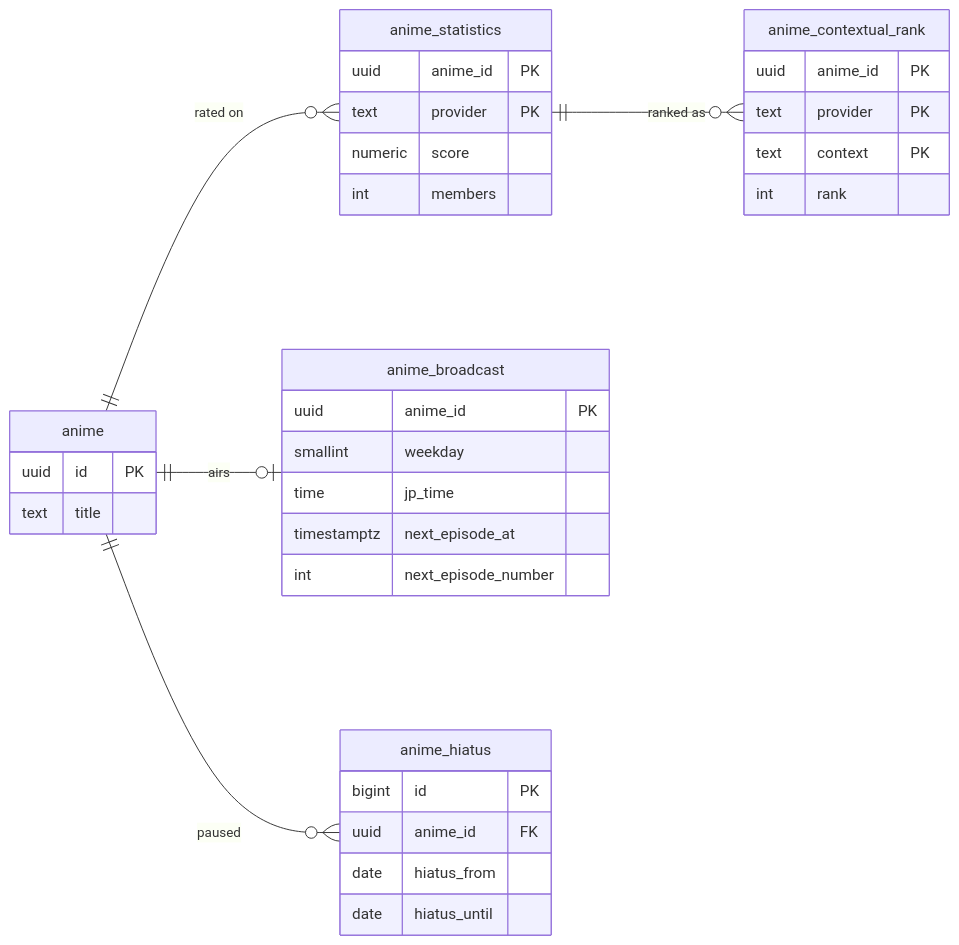
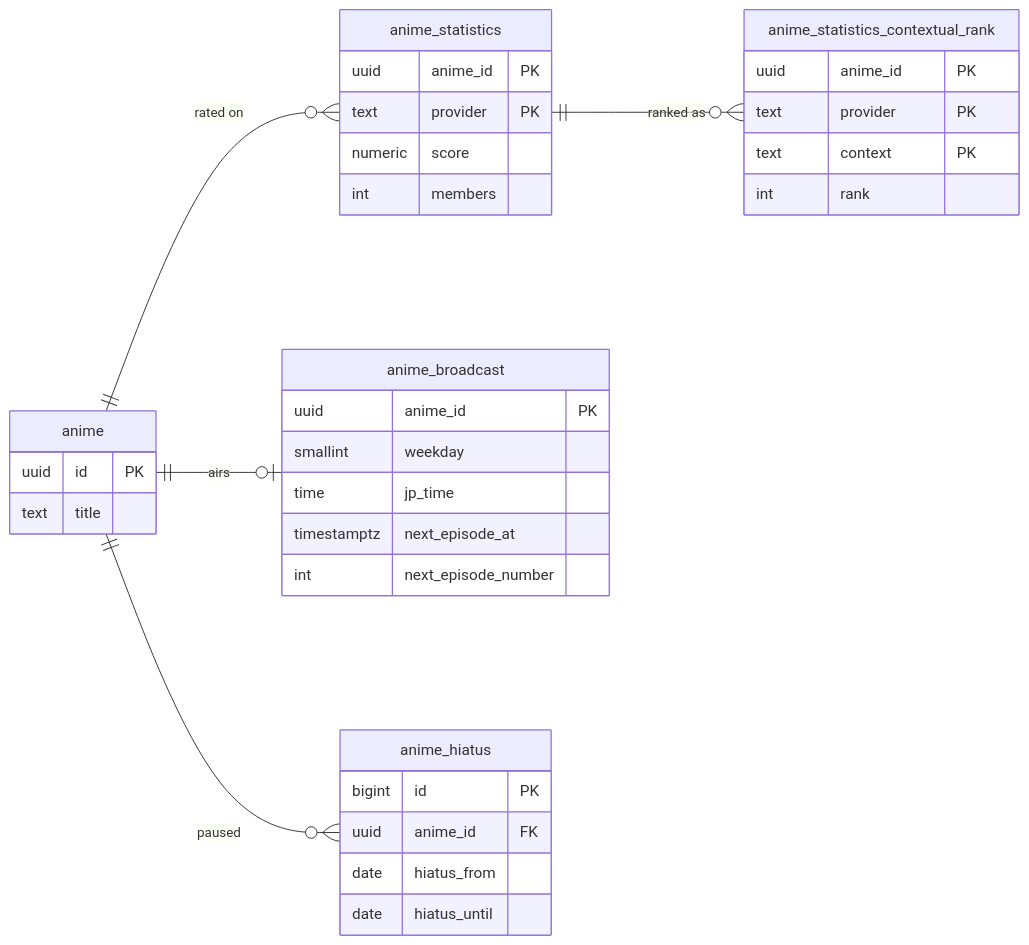
The fourth of 8 diagrams in docs/architecture/Database Schema.md (adnanaq/echora), drawn with Mermaid before and after one commit. The commit also changed other lines of this file and 265 other files, not shown here.

````diff
--- a/docs/architecture/Database Schema.md
+++ b/docs/architecture/Database Schema.md
@@ -239,38 +274,38 @@
 ```mermaid
 erDiagram
   direction LR
   anime ||--o{ anime_statistics : "rated on"
-  anime_statistics ||--o{ anime_contextual_rank : "ranked as"
+  anime_statistics ||--o{ anime_statistics_contextual_rank : "ranked as"
   anime ||--o| anime_broadcast : "airs"
   anime ||--o{ anime_hiatus : "paused"
 
   anime {
     uuid id PK
     text title
   }
   anime_statistics {
     uuid anime_id PK
     text provider PK
     numeric score
     int members
   }
-  anime_contextual_rank {
+  anime_statistics_contextual_rank {
     uuid anime_id PK
     text provider PK
     text context PK
     int rank
   }
   anime_broadcast {
     uuid anime_id PK
     smallint weekday
     time jp_time
     timestamptz next_episode_at
     int next_episode_number
   }
   anime_hiatus {
     bigint id PK
     uuid anime_id FK
     date hiatus_from
     date hiatus_until
   }
 ```
````
